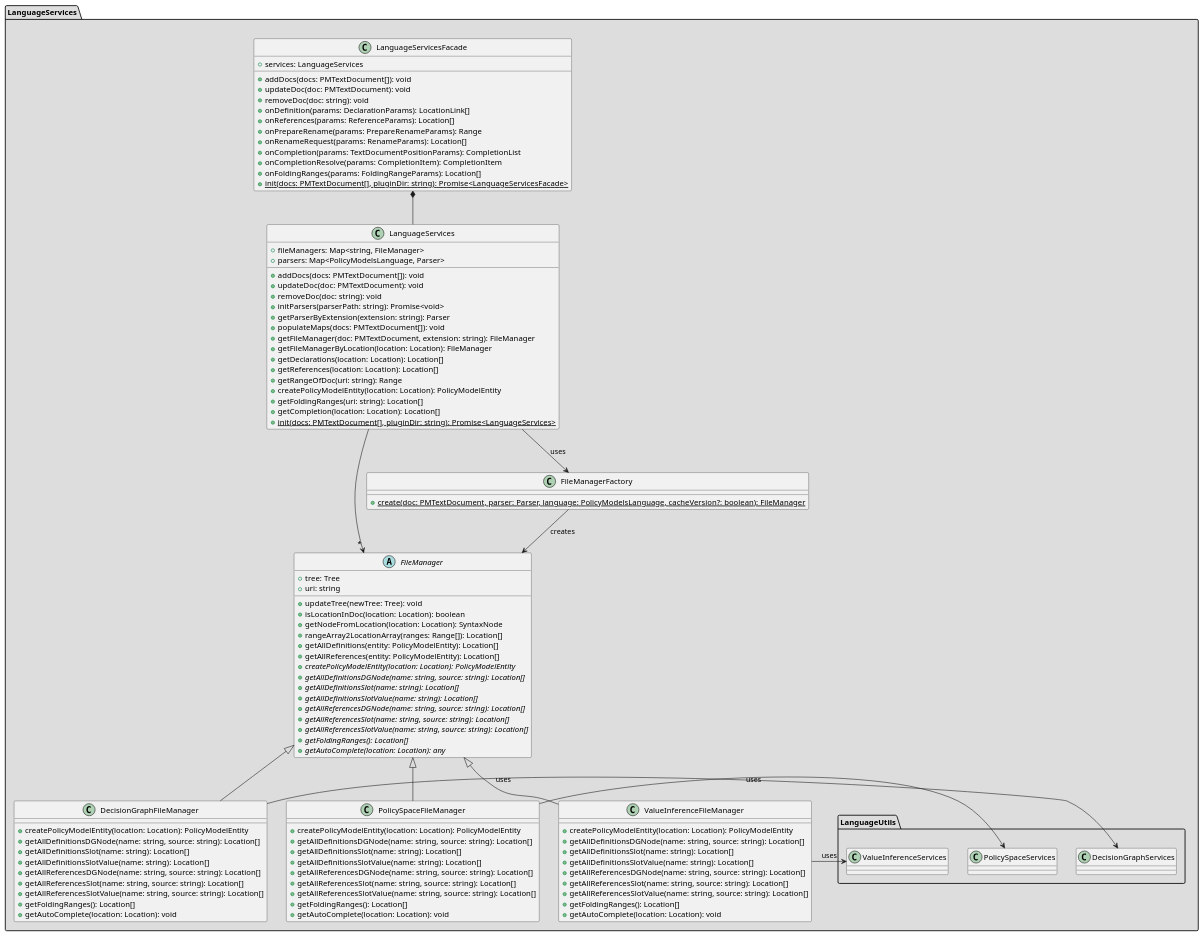
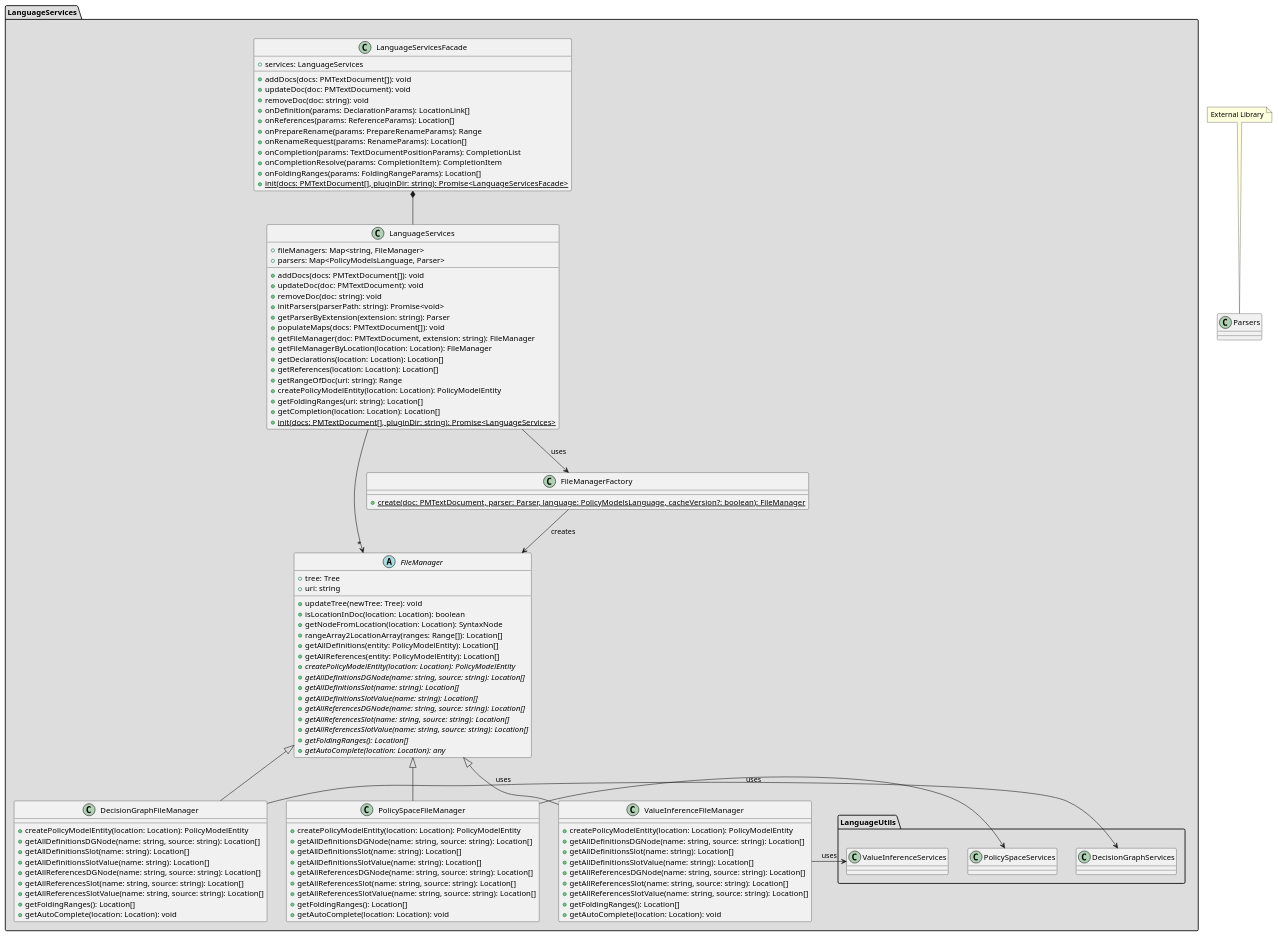
Before and after one commit to wolfj123/PolicyModelsPlugin: the diagram in plugin/diagrams/server/LanguageServices.puml, drawn with PlantUML. The commit also changed 2 other files, not shown here.

```diff
--- a/plugin/diagrams/server/LanguageServices.puml
+++ b/plugin/diagrams/server/LanguageServices.puml
@@ -1,117 +1,126 @@
 @startuml
 
 'skinparam style strictuml
 'top to bottom direction
 'left to right direction
+
+allowmixing
 
 package LanguageServices #DDDDDD {
 
     class LanguageServicesFacade {
         +services: LanguageServices
         +addDocs(docs: PMTextDocument[]): void
         +updateDoc(doc: PMTextDocument): void
         +removeDoc(doc: string): void
         +onDefinition(params: DeclarationParams): LocationLink[]
         +onReferences(params: ReferenceParams): Location[]
         +onPrepareRename(params: PrepareRenameParams): Range
         +onRenameRequest(params: RenameParams): Location[]
         +onCompletion(params: TextDocumentPositionParams): CompletionList
         +onCompletionResolve(params: CompletionItem): CompletionItem
         +onFoldingRanges(params: FoldingRangeParams): Location[]
         +{static} init(docs: PMTextDocument[], pluginDir: string): Promise<LanguageServicesFacade>
     }
     class LanguageServices {
         +fileManagers: Map<string, FileManager>
         +parsers: Map<PolicyModelsLanguage, Parser>
         +addDocs(docs: PMTextDocument[]): void
         +updateDoc(doc: PMTextDocument): void
         +removeDoc(doc: string): void
         +initParsers(parserPath: string): Promise<void>
         +getParserByExtension(extension: string): Parser
         +populateMaps(docs: PMTextDocument[]): void
         +getFileManager(doc: PMTextDocument, extension: string): FileManager
         +getFileManagerByLocation(location: Location): FileManager
         +getDeclarations(location: Location): Location[]
         +getReferences(location: Location): Location[]
         +getRangeOfDoc(uri: string): Range
         +createPolicyModelEntity(location: Location): PolicyModelEntity
         +getFoldingRanges(uri: string): Location[]
         +getCompletion(location: Location): Location[]
         +{static} init(docs: PMTextDocument[], pluginDir: string): Promise<LanguageServices>
     }
     abstract class FileManager {
         +tree: Tree
         +uri: string
         +updateTree(newTree: Tree): void
         +isLocationInDoc(location: Location): boolean
         +getNodeFromLocation(location: Location): SyntaxNode
         +rangeArray2LocationArray(ranges: Range[]): Location[]
         +getAllDefinitions(entity: PolicyModelEntity): Location[]
         +getAllReferences(entity: PolicyModelEntity): Location[]
         +{abstract} createPolicyModelEntity(location: Location): PolicyModelEntity
         +{abstract} getAllDefinitionsDGNode(name: string, source: string): Location[]
         +{abstract} getAllDefinitionsSlot(name: string): Location[]
         +{abstract} getAllDefinitionsSlotValue(name: string): Location[]
         +{abstract} getAllReferencesDGNode(name: string, source: string): Location[]
         +{abstract} getAllReferencesSlot(name: string, source: string): Location[]
         +{abstract} getAllReferencesSlotValue(name: string, source: string): Location[]
         +{abstract} getFoldingRanges(): Location[]
         +{abstract} getAutoComplete(location: Location): any
     }
     class FileManagerFactory {
         +{static} create(doc: PMTextDocument, parser: Parser, language: PolicyModelsLanguage, cacheVersion?: boolean): FileManager
     }
     class DecisionGraphFileManager extends FileManager {
         +createPolicyModelEntity(location: Location): PolicyModelEntity
         +getAllDefinitionsDGNode(name: string, source: string): Location[]
         +getAllDefinitionsSlot(name: string): Location[]
         +getAllDefinitionsSlotValue(name: string): Location[]
         +getAllReferencesDGNode(name: string, source: string): Location[]
         +getAllReferencesSlot(name: string, source: string): Location[]
         +getAllReferencesSlotValue(name: string, source: string): Location[]
         +getFoldingRanges(): Location[]
         +getAutoComplete(location: Location): void
     }
     class PolicySpaceFileManager extends FileManager {
         +createPolicyModelEntity(location: Location): PolicyModelEntity
         +getAllDefinitionsDGNode(name: string, source: string): Location[]
         +getAllDefinitionsSlot(name: string): Location[]
         +getAllDefinitionsSlotValue(name: string): Location[]
         +getAllReferencesDGNode(name: string, source: string): Location[]
         +getAllReferencesSlot(name: string, source: string): Location[]
         +getAllReferencesSlotValue(name: string, source: string): Location[]
         +getFoldingRanges(): Location[]
         +getAutoComplete(location: Location): void
     }
     class ValueInferenceFileManager extends FileManager {
         +createPolicyModelEntity(location: Location): PolicyModelEntity
         +getAllDefinitionsDGNode(name: string, source: string): Location[]
         +getAllDefinitionsSlot(name: string): Location[]
         +getAllDefinitionsSlotValue(name: string): Location[]
         +getAllReferencesDGNode(name: string, source: string): Location[]
         +getAllReferencesSlot(name: string, source: string): Location[]
         +getAllReferencesSlotValue(name: string, source: string): Location[]
         +getFoldingRanges(): Location[]
         +getAutoComplete(location: Location): void
     }
 
     package LanguageUtils #DDDDDD {
         class DecisionGraphServices 
         class PolicySpaceServices
         class ValueInferenceServices
     }
 
+ 
+
     LanguageServicesFacade *-- LanguageServices
     FileManagerFactory --> FileManager : "creates"
     LanguageServices -->  FileManagerFactory : "uses"
     LanguageServices --> "*" FileManager
 }
+
+
+note "External Library" as n_ext
+n_ext .. Parsers
 
 
 DecisionGraphFileManager -> DecisionGraphServices : "uses"
 PolicySpaceFileManager -> PolicySpaceServices : "uses"
 ValueInferenceFileManager -> ValueInferenceServices : "uses"
 
 
 
+
 @enduml
```
